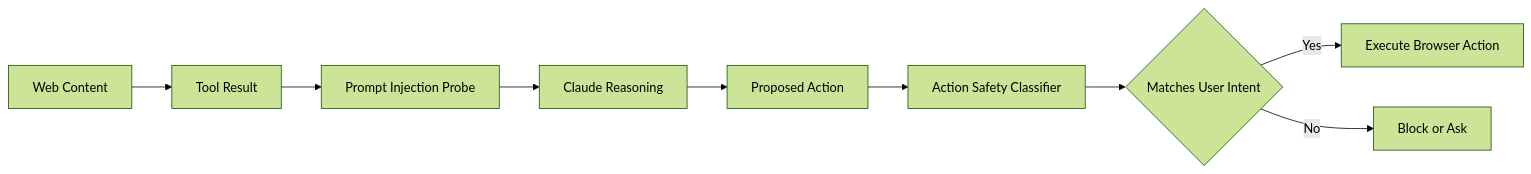
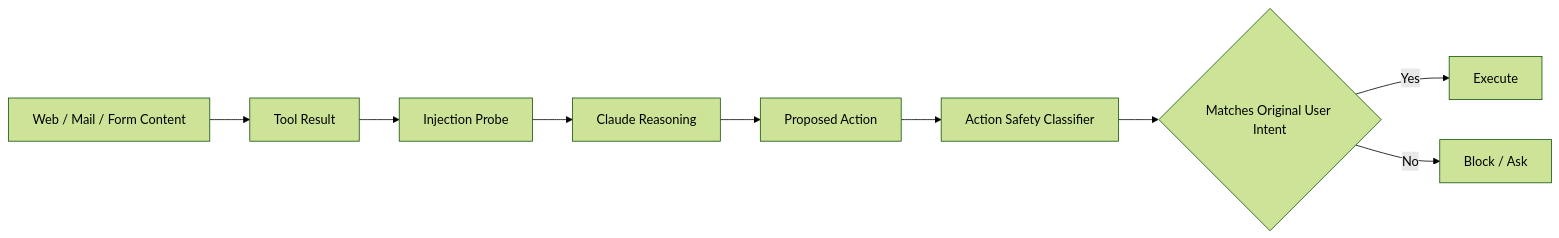
One commit to wlf186/ai-daily-headlines changed diagram 16 of 22 in 260827.md. Above: the diagram before and after it, drawn with Mermaid (forest theme). The commit also changed other lines of this file, not shown here.

````diff
--- a/260827.md
+++ b/260827.md
@@ -594,11 +692,11 @@
 ```mermaid
 flowchart LR
-    B1[Web Content] --> B2[Tool Result]
-    B2 --> B3[Prompt Injection Probe]
+    B1[Web / Mail / Form Content] --> B2[Tool Result]
+    B2 --> B3[Injection Probe]
     B3 --> B4[Claude Reasoning]
     B4 --> B5[Proposed Action]
     B5 --> B6[Action Safety Classifier]
-    B6 --> B7{Matches User Intent}
-    B7 -- Yes --> B8[Execute Browser Action]
-    B7 -- No --> B9[Block or Ask]
+    B6 --> B7{Matches Original User Intent}
+    B7 -- Yes --> B8[Execute]
+    B7 -- No --> B9[Block / Ask]
 ```
````
